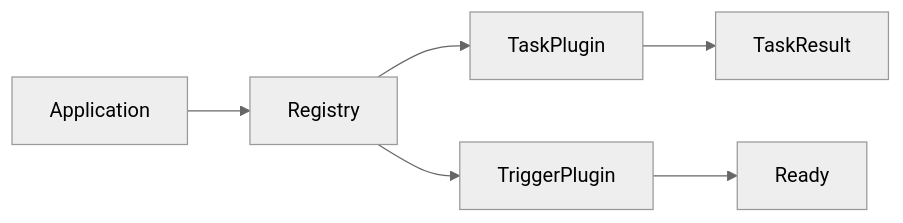
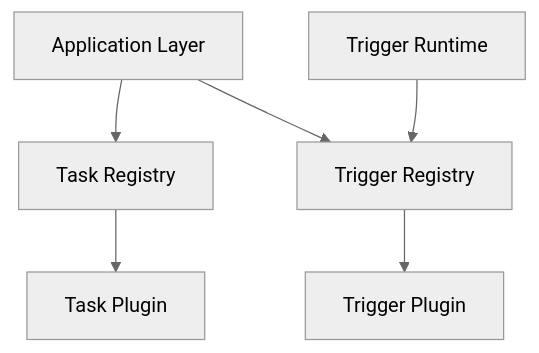
Before and after one commit to Devin8407/Automation-Platform: the first of 2 diagrams in docs/architecture/plugins.md, drawn with Mermaid (neutral theme). The commit also changed other lines of this file and 8 other files, not shown here.

First line of the commit message:
Update architecture documentation and add application integration tests

````diff
--- a/docs/architecture/plugins.md
+++ b/docs/architecture/plugins.md
@@ -51,13 +115,20 @@
 ```mermaid
-flowchart LR
+flowchart TD
 
-Application --> Registry
+    Application["Application Layer"]
+    TriggerRuntime["Trigger Runtime"]
 
-Registry --> TaskPlugin
+    TaskRegistry["Task Registry"]
+    TriggerRegistry["Trigger Registry"]
 
-Registry --> TriggerPlugin
+    TaskPlugin["Task Plugin"]
+    TriggerPlugin["Trigger Plugin"]
 
-TaskPlugin --> TaskResult
+    Application --> TaskRegistry
+    Application --> TriggerRegistry
 
-TriggerPlugin --> Ready
+    TriggerRuntime --> TriggerRegistry
+
+    TaskRegistry --> TaskPlugin
+    TriggerRegistry --> TriggerPlugin
 ```
````
